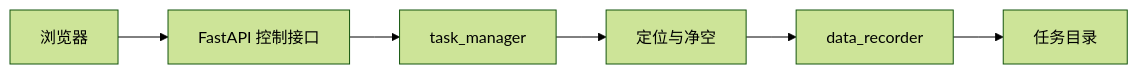
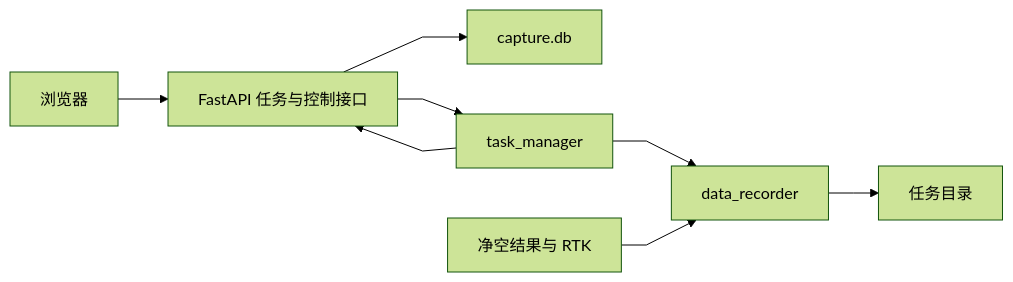
The third of 3 diagrams in docs/architecture/#U7cfb#U7edf#U603b#U4f53#U67b6#U6784.md (chuan126/capture_system), drawn with Mermaid (forest theme) before and after one commit. The commit also changed other lines of this file and 168 other files, not shown here.

````diff
--- a/docs/architecture/#U7cfb#U7edf#U603b#U4f53#U67b6#U6784.md
+++ b/docs/architecture/#U7cfb#U7edf#U603b#U4f53#U67b6#U6784.md
@@ -81,11 +91,15 @@
 ```mermaid
 %%{init: {"flowchart": {"curve": "linear"}}}%%
 flowchart LR
     UI["浏览器"]
-    API["FastAPI 控制接口"]
+    API["FastAPI 任务与控制接口"]
+    INDEX["capture.db"]
     TASK["task_manager"]
-    CORE["定位与净空"]
     RECORD["data_recorder"]
     STORE["任务目录"]
-    UI --> API --> TASK --> CORE --> RECORD --> STORE
+    SOURCE["净空结果与 RTK"]
+    UI --> API --> INDEX
+    API --> TASK --> RECORD --> STORE
+    SOURCE --> RECORD
+    TASK --> API
 ```
````
